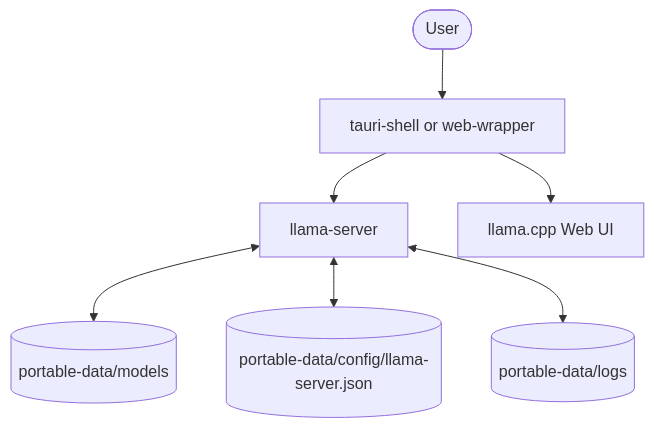
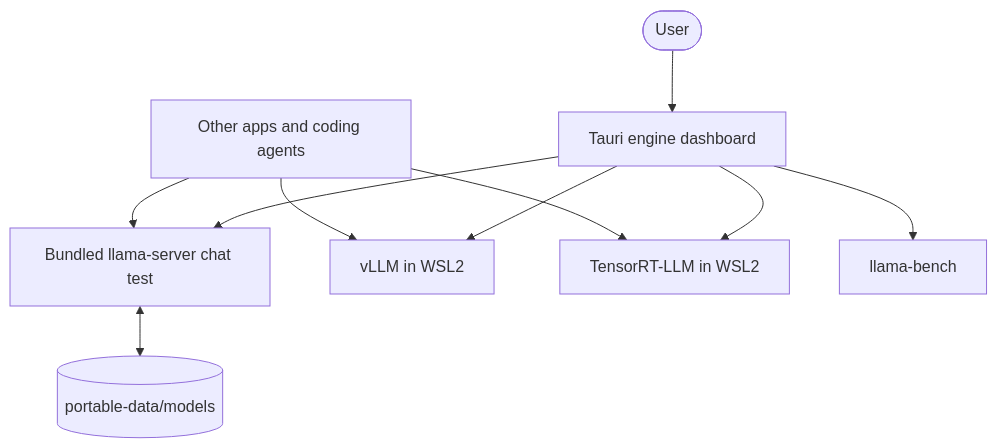
The diagram in README.md (walladanger/llama-cpp-webui-wrapper), drawn with Mermaid before and after one commit. The commit also changed other lines of this file and 8 other files, not shown here.

Commit message:
Add engine dashboard and isolated llama.cpp chat test

````diff
--- a/README.md
+++ b/README.md
@@ -22,9 +23,12 @@
 ```mermaid
 flowchart TD
-    User([User]) --> Shell[tauri-shell or web-wrapper]
-    Shell --> Server[llama-server]
-    Shell --> UI[llama.cpp Web UI]
+    User([User]) --> Dashboard[Tauri engine dashboard]
+    Dashboard --> Server[Bundled llama-server chat test]
+    Dashboard --> VLLM[vLLM in WSL2]
+    Dashboard --> TRT[TensorRT-LLM in WSL2]
+    Dashboard --> Bench[llama-bench]
+    Clients[Other apps and coding agents] --> Server
+    Clients --> VLLM
+    Clients --> TRT
     Server <--> Models[(portable-data/models)]
-    Server <--> Config[(portable-data/config/llama-server.json)]
-    Server <--> Logs[(portable-data/logs)]
 ```
````
